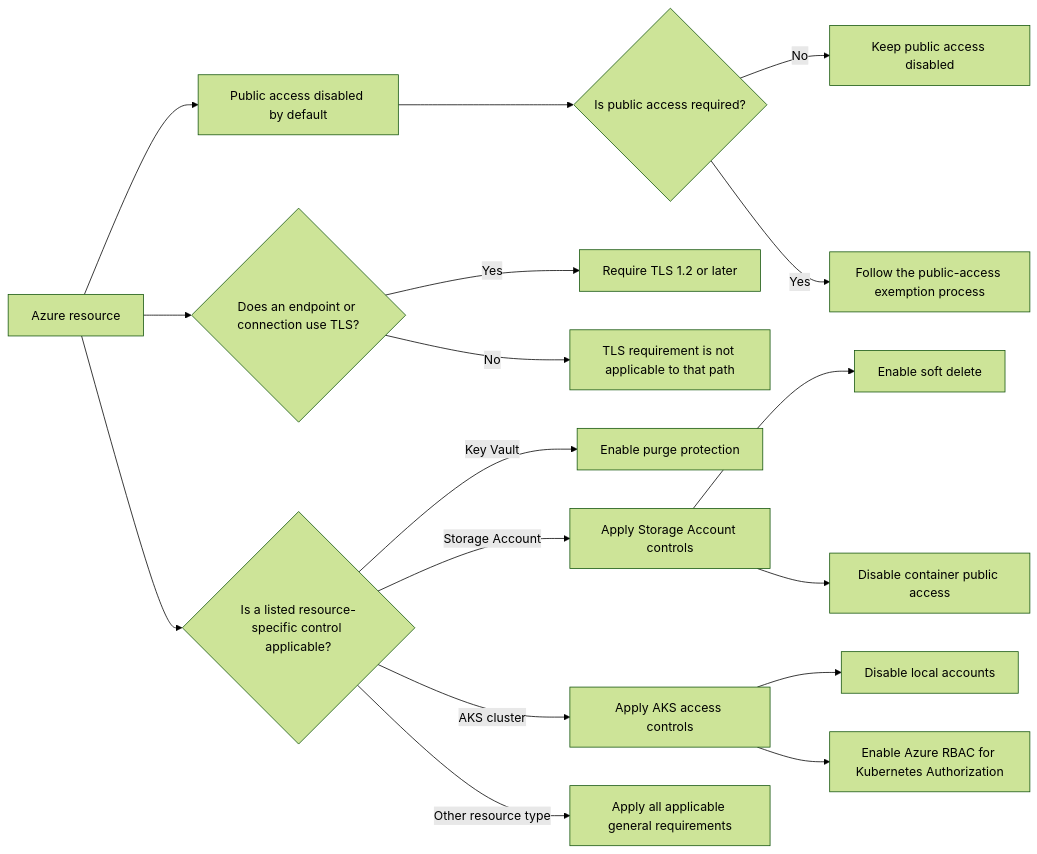
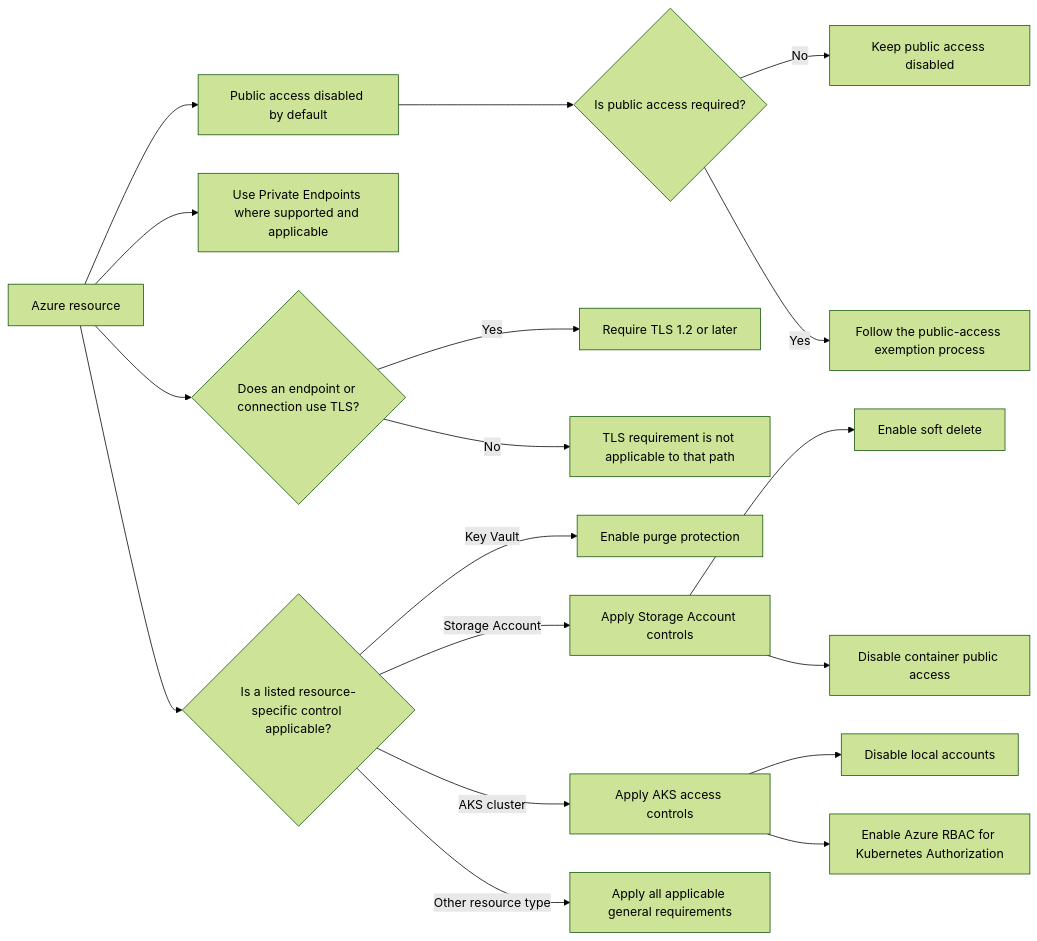
One commit to santosrodriguez/cloud-platform-documentation changed the diagram in security/resource-security-baseline.md. Above: the diagram before and after it, drawn with Mermaid (forest theme). The commit also changed other lines of this file and 42 other files, not shown here.

````diff
--- a/security/resource-security-baseline.md
+++ b/security/resource-security-baseline.md
@@ -42,19 +48,20 @@
 ```mermaid
 flowchart LR
     resource["Azure resource"] --> public["Public access disabled by default"]
+    resource --> privateEndpoint["Use Private Endpoints where supported and applicable"]
     resource --> tlsCheck{"Does an endpoint or connection use TLS?"}
     tlsCheck -->|"Yes"| tls["Require TLS 1.2 or later"]
     tlsCheck -->|"No"| tlsNA["TLS requirement is not applicable to that path"]
     resource --> type{"Is a listed resource-specific control applicable?"}
     type -->|"Key Vault"| purge["Enable purge protection"]
     type -->|"Storage Account"| storageControls["Apply Storage Account controls"]
     storageControls --> softDelete["Enable soft delete"]
     storageControls --> containerAccess["Disable container public access"]
     type -->|"AKS cluster"| aksControls["Apply AKS access controls"]
     aksControls --> localAccounts["Disable local accounts"]
     aksControls --> azureRbac["Enable Azure RBAC for Kubernetes Authorization"]
     type -->|"Other resource type"| generalOnly["Apply all applicable general requirements"]
     public --> exception{"Is public access required?"}
     exception -->|"No"| keepPrivate["Keep public access disabled"]
     exception -->|"Yes"| exemption["Follow the public-access exemption process"]
 ```
````
